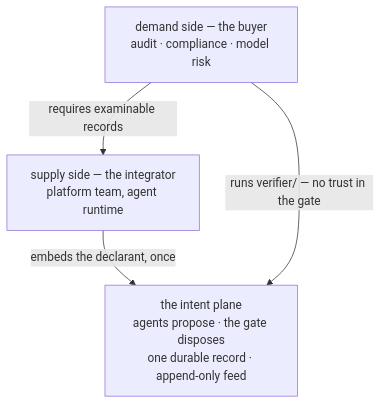
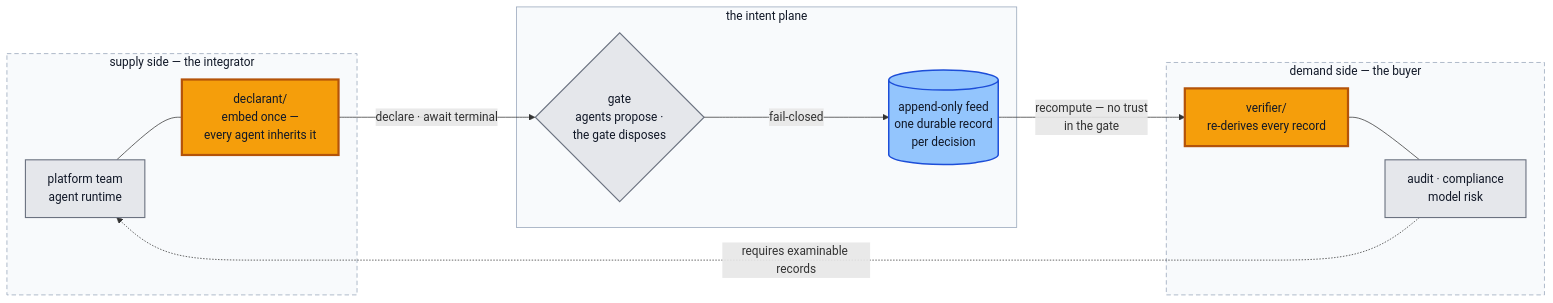
The first of 3 diagrams in README.md (hossainpazooki/intent-plane), drawn with Mermaid before and after one commit. The commit also changed other lines of this file and 3 other files, not shown here.

Commit message:
docs: declarant shipped; honesty-check fixes - at-most-once wording, refusal-record label, seat boundary

````diff
--- a/README.md
+++ b/README.md
@@ -26,9 +26,31 @@
 ```mermaid
-flowchart TD
-    D["demand side — the buyer<br/>audit · compliance · model risk"]
-    S["supply side — the integrator<br/>platform team, agent runtime"]
-    P["the intent plane<br/>agents propose · the gate disposes<br/>one durable record · append-only feed"]
-    D -->|requires examinable records| S
-    S -->|embeds the declarant, once| P
-    D -->|runs verifier/ — no trust in the gate| P
+flowchart LR
+    subgraph SUPPLY["supply side — the integrator"]
+        S["platform team<br/>agent runtime"]
+        DECL["declarant/<br/>embed once —<br/>every agent inherits it"]
+        S --- DECL
+    end
+    subgraph PLANE["the intent plane"]
+        G{"gate<br/>agents propose ·<br/>the gate disposes"}
+        FEED[("append-only feed<br/>one durable record<br/>per decision")]
+        G -->|fail-closed| FEED
+    end
+    subgraph DEMAND["demand side — the buyer"]
+        V["verifier/<br/>re-derives every record"]
+        D["audit · compliance<br/>model risk"]
+        V --- D
+    end
+    DECL -->|"declare · await terminal"| G
+    FEED -->|"recompute — no trust<br/>in the gate"| V
+    D -.->|"requires examinable records"| S
+
+    classDef neutral fill:#e5e7eb,stroke:#6b7280,stroke-width:1.5px,color:#111827;
+    classDef pkg fill:#f59e0b,stroke:#b45309,stroke-width:3px,color:#111827;
+    classDef durable fill:#93c5fd,stroke:#1d4ed8,stroke-width:2px,color:#111827;
+    class S,D,G neutral;
+    class DECL,V pkg;
+    class FEED durable;
+    style SUPPLY fill:#f8fafc,stroke:#94a3b8,stroke-dasharray:6 4,color:#111827;
+    style DEMAND fill:#f8fafc,stroke:#94a3b8,stroke-dasharray:6 4,color:#111827;
+    style PLANE fill:#f8fafc,stroke:#94a3b8,color:#111827;
 ```
````
